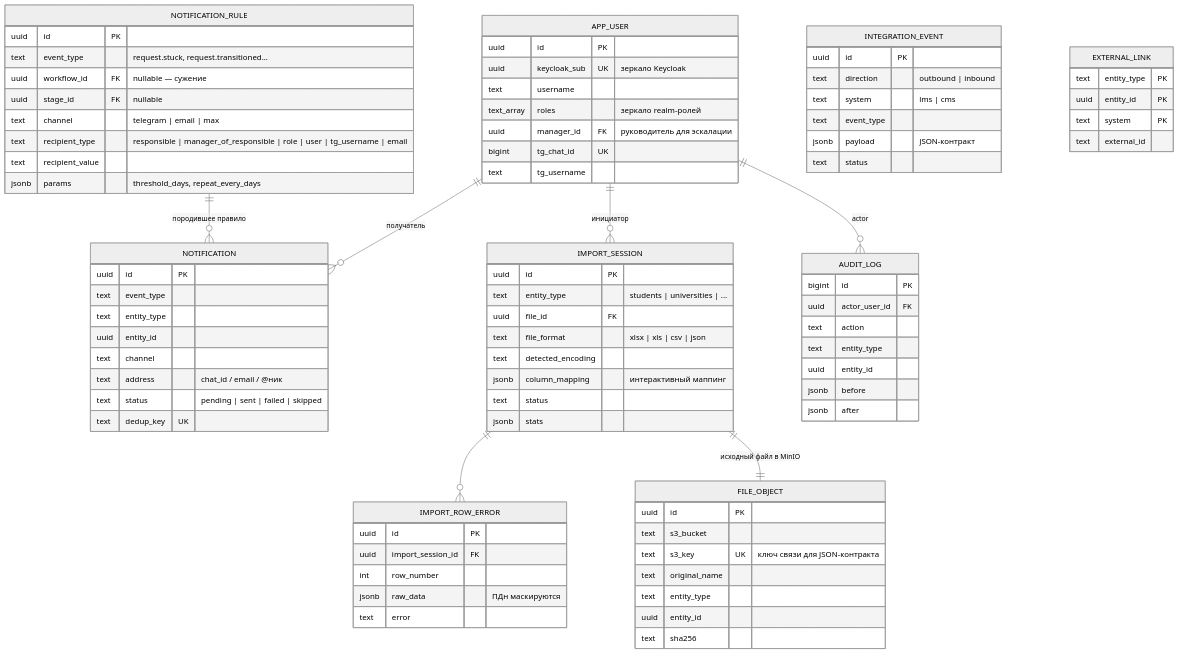
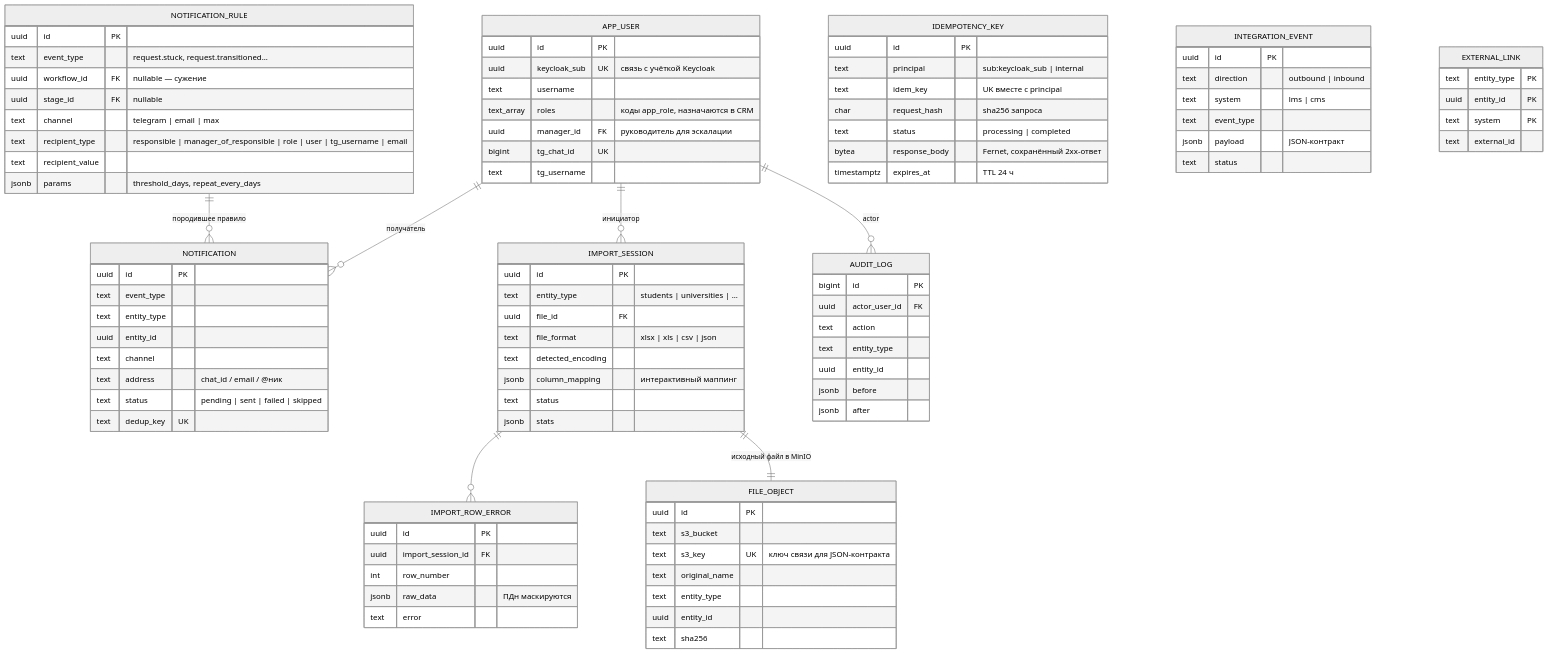
The fourth of 8 diagrams in docs/design/data-model.md (ilya2108/Collabse-LCT-Alma), drawn with Mermaid (neutral theme) before and after one commit. The commit also changed other lines of this file and 26 other files, not shown here.

```diff
--- a/docs/design/data-model.md
+++ b/docs/design/data-model.md
@@ -266,12 +273,21 @@
 
     APP_USER {
         uuid id PK
-        uuid keycloak_sub UK "зеркало Keycloak"
+        uuid keycloak_sub UK "связь с учёткой Keycloak"
         text username
-        text_array roles "зеркало realm-ролей"
+        text_array roles "коды app_role, назначаются в CRM"
         uuid manager_id FK "руководитель для эскалации"
         bigint tg_chat_id UK
         text tg_username
+    }
+    IDEMPOTENCY_KEY {
+        uuid id PK
+        text principal "sub:keycloak_sub | internal"
+        text idem_key "UK вместе с principal"
+        char request_hash "sha256 запроса"
+        text status "processing | completed"
+        bytea response_body "Fernet, сохранённый 2xx-ответ"
+        timestamptz expires_at "TTL 24 ч"
     }
     NOTIFICATION_RULE {
         uuid id PK
```
